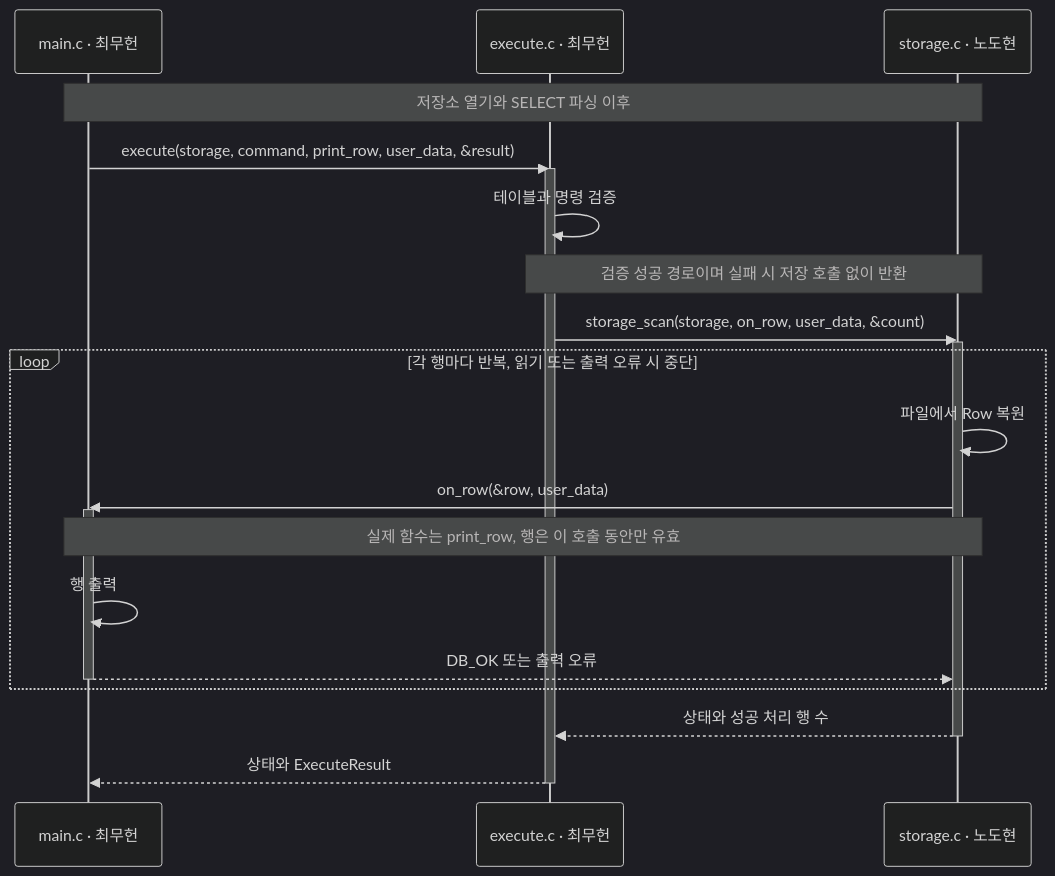
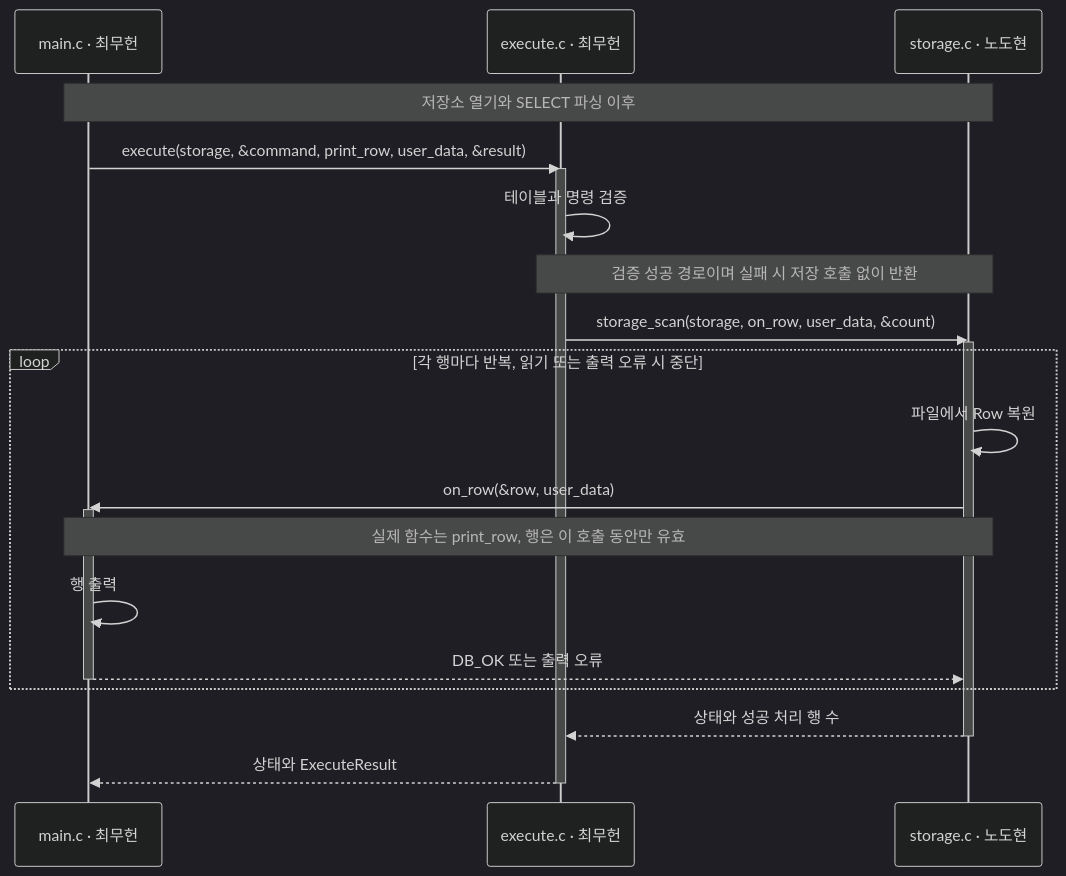
Before and after one commit to NARi3040/KJG-SW-AI-W11-DBMS: the second of 2 diagrams in docs/architecture.md, drawn with Mermaid (dark theme). The commit also changed other lines of this file and 1 other file, not shown here.

````diff
--- a/docs/architecture.md
+++ b/docs/architecture.md
@@ -159,27 +162,27 @@
 ```mermaid
 sequenceDiagram
     participant M as main.c · 최무헌
     participant E as execute.c · 최무헌
     participant S as storage.c · 노도현
 
     Note over M,S: 저장소 열기와 SELECT 파싱 이후
-    M->>E: execute(storage, command, print_row, user_data, &result)
+    M->>E: execute(storage, &command, print_row, user_data, &result)
     activate E
     E->>E: 테이블과 명령 검증
     Note over E,S: 검증 성공 경로이며 실패 시 저장 호출 없이 반환
     E->>S: storage_scan(storage, on_row, user_data, &count)
     activate S
     loop 각 행마다 반복, 읽기 또는 출력 오류 시 중단
         S->>S: 파일에서 Row 복원
         S->>M: on_row(&row, user_data)
         activate M
         Note over M,S: 실제 함수는 print_row, 행은 이 호출 동안만 유효
         M->>M: 행 출력
         M-->>S: DB_OK 또는 출력 오류
         deactivate M
     end
     S-->>E: 상태와 성공 처리 행 수
     deactivate S
     E-->>M: 상태와 ExecuteResult
     deactivate E
 ```
````
